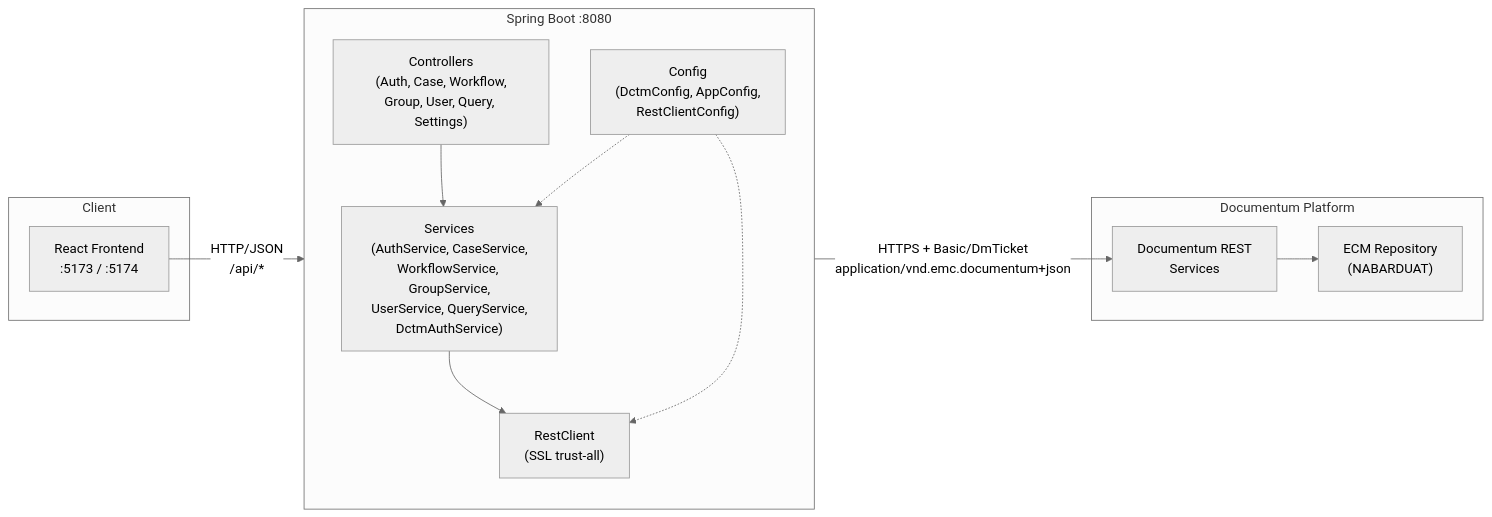
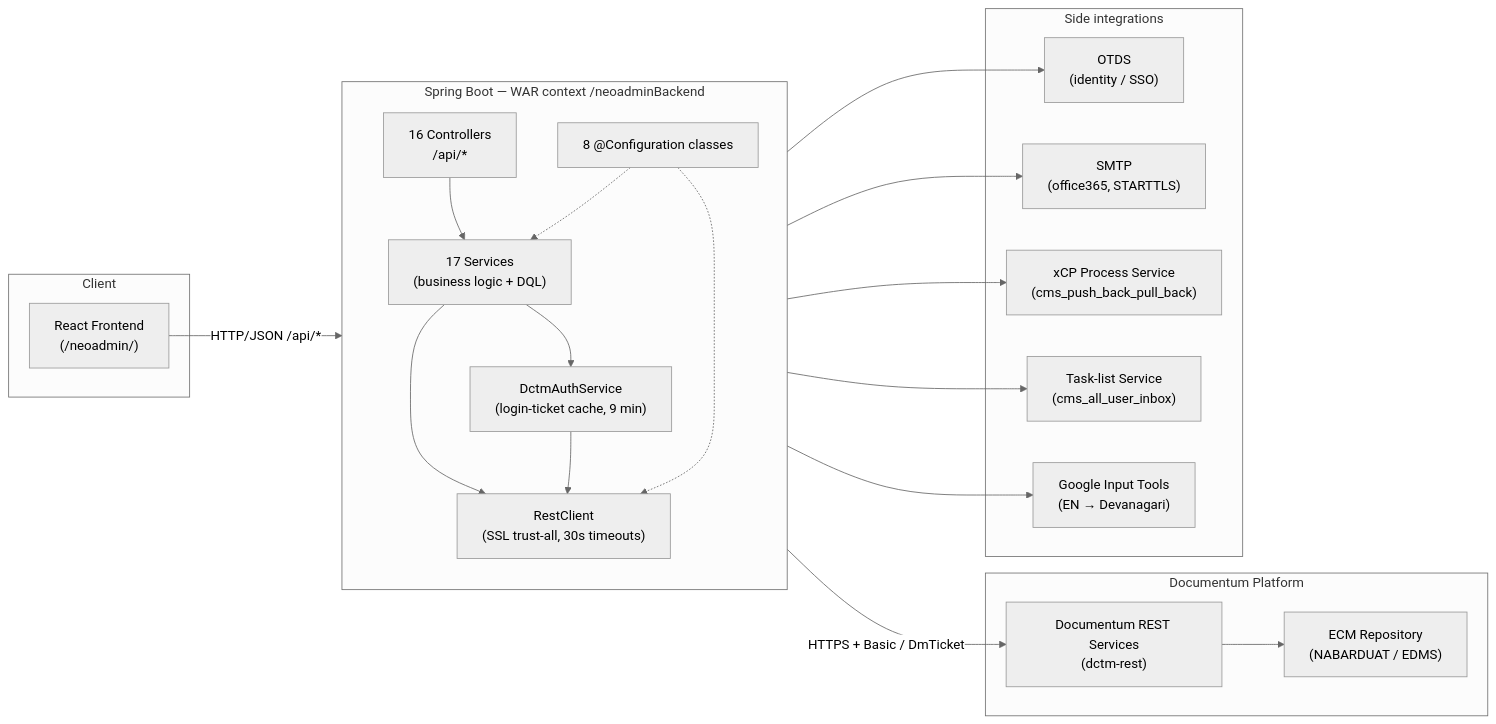
The first of 6 diagrams in techdocs/backend-architecture.md (Ramanjaneyulu-V-V-S/NEO-ADMIN), drawn with Mermaid (neutral theme) before and after one commit. The commit also changed other lines of this file, not shown here.

First line of the commit message:
docs: rewrite backend architecture doc to match current backend

````diff
--- a/techdocs/backend-architecture.md
+++ b/techdocs/backend-architecture.md
@@ -21,27 +34,43 @@
 ```mermaid
 flowchart LR
     subgraph Client
-        FE["React Frontend\n:5173 / :5174"]
+        FE["React Frontend<br/>(/neoadmin/)"]
     end
 
-    subgraph SpringBoot["Spring Boot :8080"]
+    subgraph SpringBoot["Spring Boot — WAR context /neoadminBackend"]
         direction TB
-        CTRL["Controllers\n(Auth, Case, Workflow,\nGroup, User, Query, Settings)"]
-        SVC["Services\n(AuthService, CaseService,\nWorkflowService, GroupService,\nUserService, QueryService,\nDctmAuthService)"]
-        RC["RestClient\n(SSL trust-all)"]
-        CFG["Config\n(DctmConfig, AppConfig,\nRestClientConfig)"]
+        CTRL["16 Controllers<br/>/api/*"]
+        SVC["17 Services<br/>(business logic + DQL)"]
+        RC["RestClient<br/>(SSL trust-all, 30s timeouts)"]
+        DAS["DctmAuthService<br/>(login-ticket cache, 9 min)"]
+        CFG["8 @Configuration classes"]
     end
 
     subgraph Documentum["Documentum Platform"]
-        DREST["Documentum REST\nServices"]
-        ECM["ECM Repository\n(NABARDUAT)"]
+        DREST["Documentum REST Services<br/>(dctm-rest)"]
+        ECM["ECM Repository<br/>(NABARDUAT / EDMS)"]
     end
 
-    FE -- "HTTP/JSON\n/api/*" --> CTRL
+    subgraph External["Side integrations"]
+        OTDS["OTDS<br/>(identity / SSO)"]
+        SMTP["SMTP<br/>(office365, STARTTLS)"]
+        XCP["xCP Process Service<br/>(cms_push_back_pull_back)"]
+        TASK["Task-list Service<br/>(cms_all_user_inbox)"]
+        GIT["Google Input Tools<br/>(EN → Devanagari)"]
+    end
+
+    FE -- "HTTP/JSON /api/*" --> CTRL
     CTRL --> SVC
     SVC --> RC
-    RC -- "HTTPS + Basic/DmTicket\napplication/vnd.emc.documentum+json" --> DREST
+    SVC --> DAS
+    DAS --> RC
+    RC -- "HTTPS + Basic / DmTicket" --> DREST
     DREST --> ECM
+    SVC --> OTDS
+    SVC --> SMTP
+    SVC --> XCP
+    SVC --> TASK
+    SVC --> GIT
     CFG -.-> SVC
     CFG -.-> RC
 ```
````
